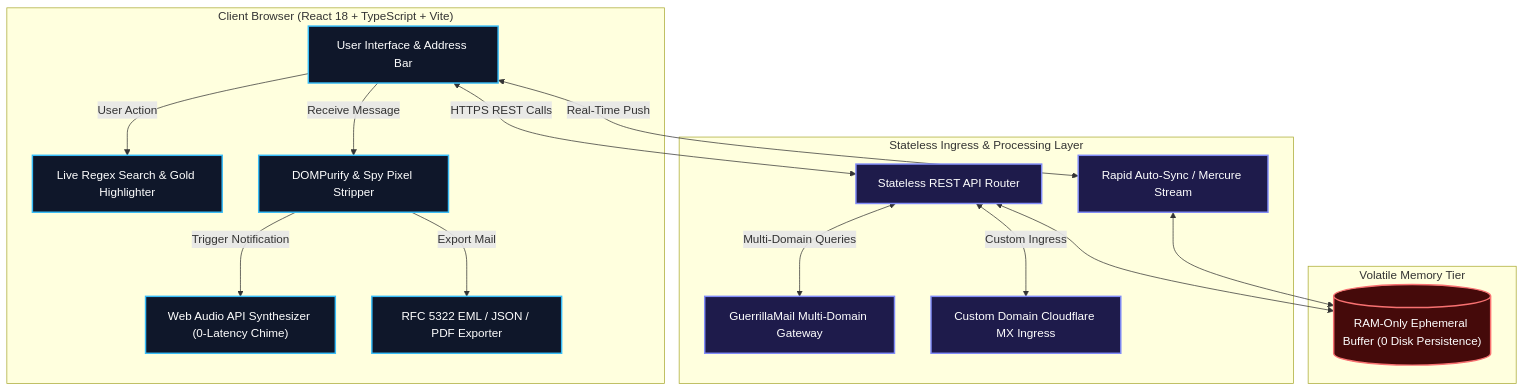
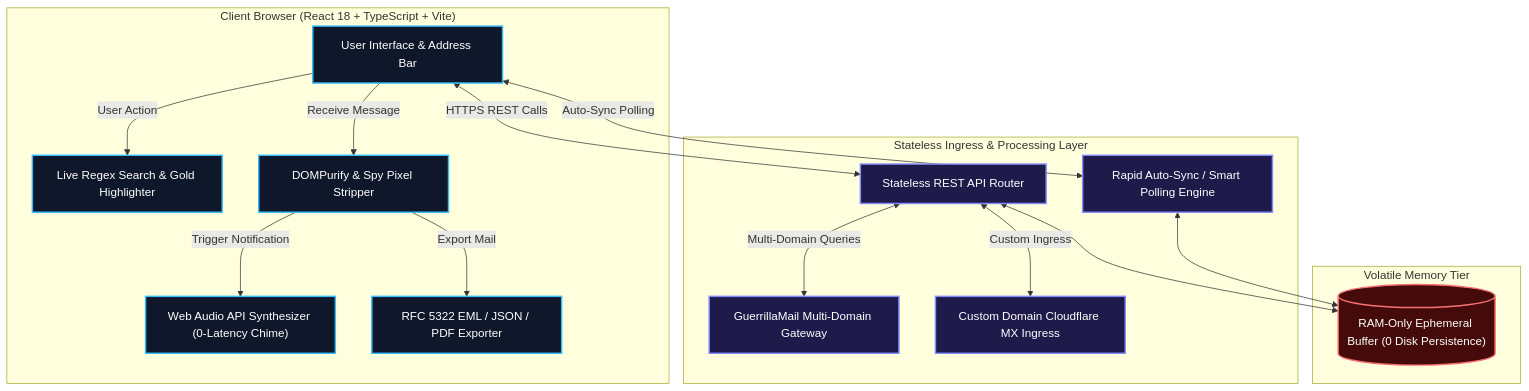
Before and after one commit to jokallame350-lang/temp-mailmephisto: the diagram in README.md, drawn with Mermaid. The commit also changed 47 other files, not shown here.

````diff
--- a/README.md
+++ b/README.md
@@ -135,42 +135,42 @@
 ```mermaid
 flowchart TD
     subgraph Client ["Client Browser (React 18 + TypeScript + Vite)"]
         UI["User Interface & Address Bar"]
         Search["Live Regex Search & Gold Highlighter"]
         Audio["Web Audio API Synthesizer (0-Latency Chime)"]
         Purify["DOMPurify & Spy Pixel Stripper"]
         Export["RFC 5322 EML / JSON / PDF Exporter"]
     end
 
     subgraph Relays ["Stateless Ingress & Processing Layer"]
         API["Stateless REST API Router"]
-        SSE["Rapid Auto-Sync / Mercure Stream"]
+        SyncEngine["Rapid Auto-Sync / Smart Polling Engine"]
         GuerrillaRouter["GuerrillaMail Multi-Domain Gateway"]
         BYOD["Custom Domain Cloudflare MX Ingress"]
     end
 
     subgraph Storage ["Volatile Memory Tier"]
         RAM[("RAM-Only Ephemeral Buffer (0 Disk Persistence)")]
     end
 
     UI -->|"User Action"| Search
     UI -->|"Receive Message"| Purify
     Purify -->|"Trigger Notification"| Audio
     Purify -->|"Export Mail"| Export
     
     UI <-->|"HTTPS REST Calls"| API
-    UI <-->|"Real-Time Push"| SSE
+    UI <-->|"Auto-Sync Polling"| SyncEngine
     API <-->|"Multi-Domain Queries"| GuerrillaRouter
     API <-->|"Custom Ingress"| BYOD
     
     API <--> RAM
-    SSE <--> RAM
+    SyncEngine <--> RAM
 
     classDef client fill:#0f172a,stroke:#38bdf8,stroke-width:2px,color:#fff;
     classDef relay fill:#1e1b4b,stroke:#818cf8,stroke-width:2px,color:#fff;
     classDef storage fill:#450a0a,stroke:#f87171,stroke-width:2px,color:#fff;
 
     class UI,Search,Audio,Purify,Export client;
-    class API,SSE,GuerrillaRouter,BYOD relay;
+    class API,SyncEngine,GuerrillaRouter,BYOD relay;
     class RAM storage;
 ```
````
